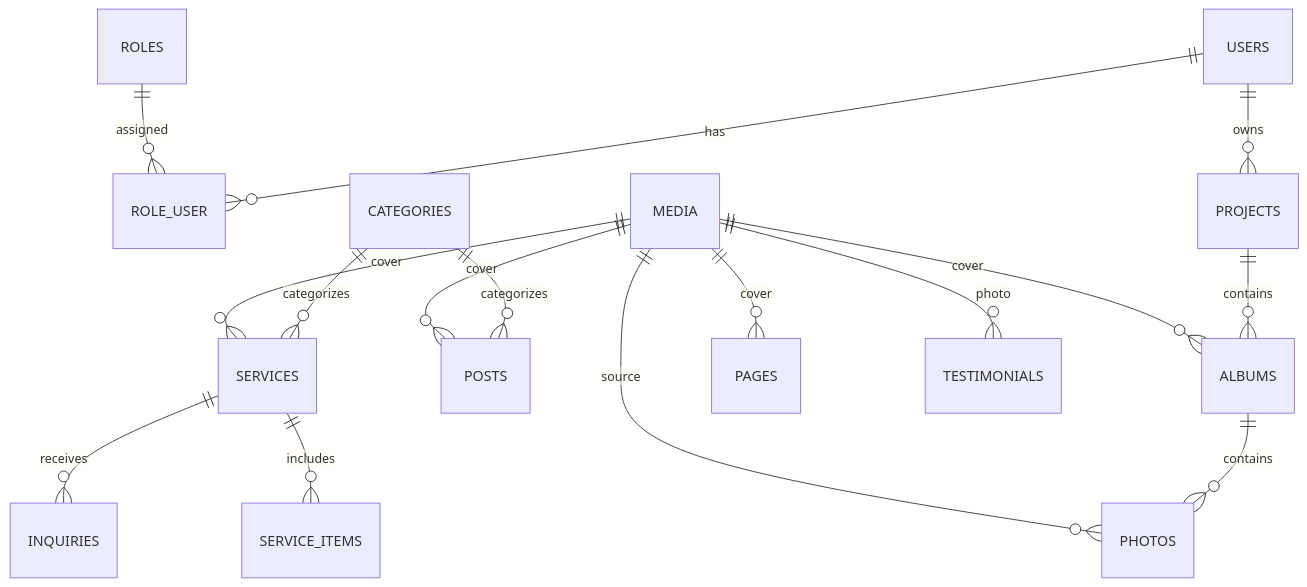
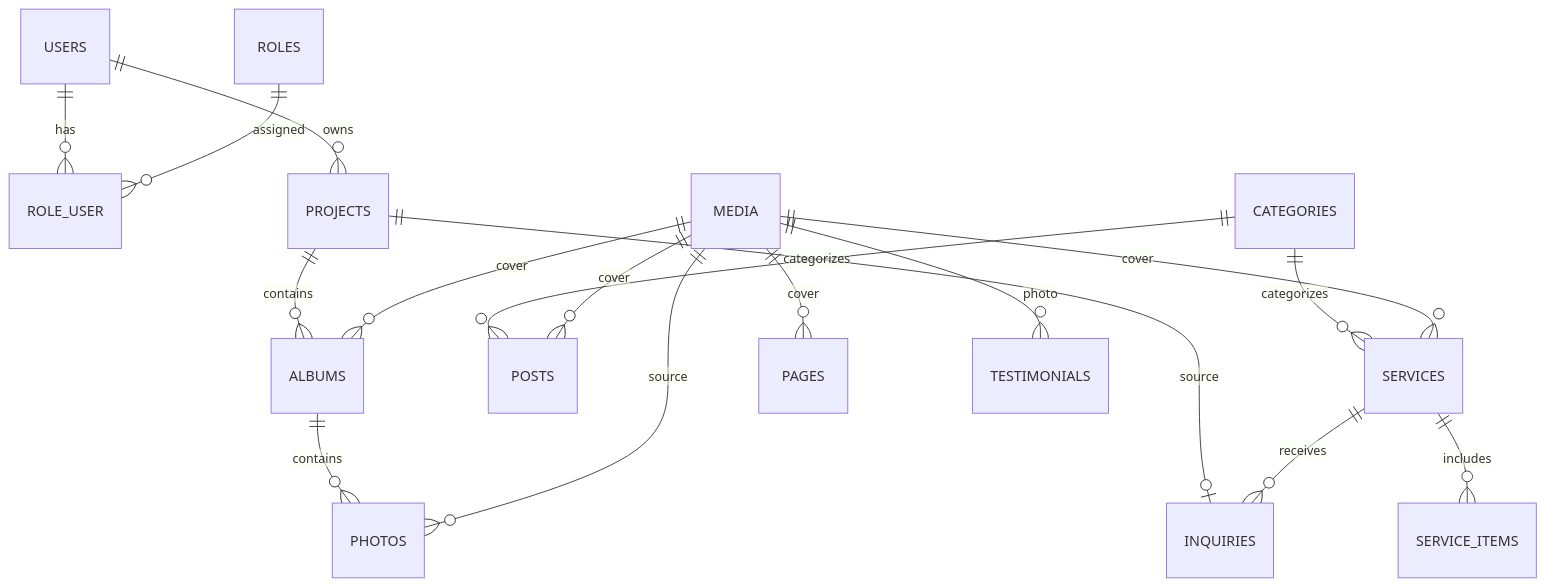
Before and after one commit to constklimenko/photostudio: the diagram in fotoskazka/database.md, drawn with Mermaid. The commit also changed other lines of this file and 35 other files, not shown here.

````diff
--- a/fotoskazka/database.md
+++ b/fotoskazka/database.md
@@ -47,26 +47,27 @@
 ```mermaid
 erDiagram
 
     USERS ||--o{ ROLE_USER : has
     ROLES ||--o{ ROLE_USER : assigned
 
     USERS ||--o{ PROJECTS : owns
 
     CATEGORIES ||--o{ SERVICES : categorizes
     CATEGORIES ||--o{ POSTS : categorizes
 
     PROJECTS ||--o{ ALBUMS : contains
+    PROJECTS ||--o| INQUIRIES : source
     ALBUMS ||--o{ PHOTOS : contains
 
     MEDIA ||--o{ PHOTOS : source
 
     MEDIA ||--o{ POSTS : cover
     MEDIA ||--o{ SERVICES : cover
     MEDIA ||--o{ ALBUMS : cover
     MEDIA ||--o{ PAGES : cover
     MEDIA ||--o{ TESTIMONIALS : photo
 
     SERVICES ||--o{ INQUIRIES : receives
     SERVICES ||--o{ SERVICE_ITEMS : includes
 
 ```
````
